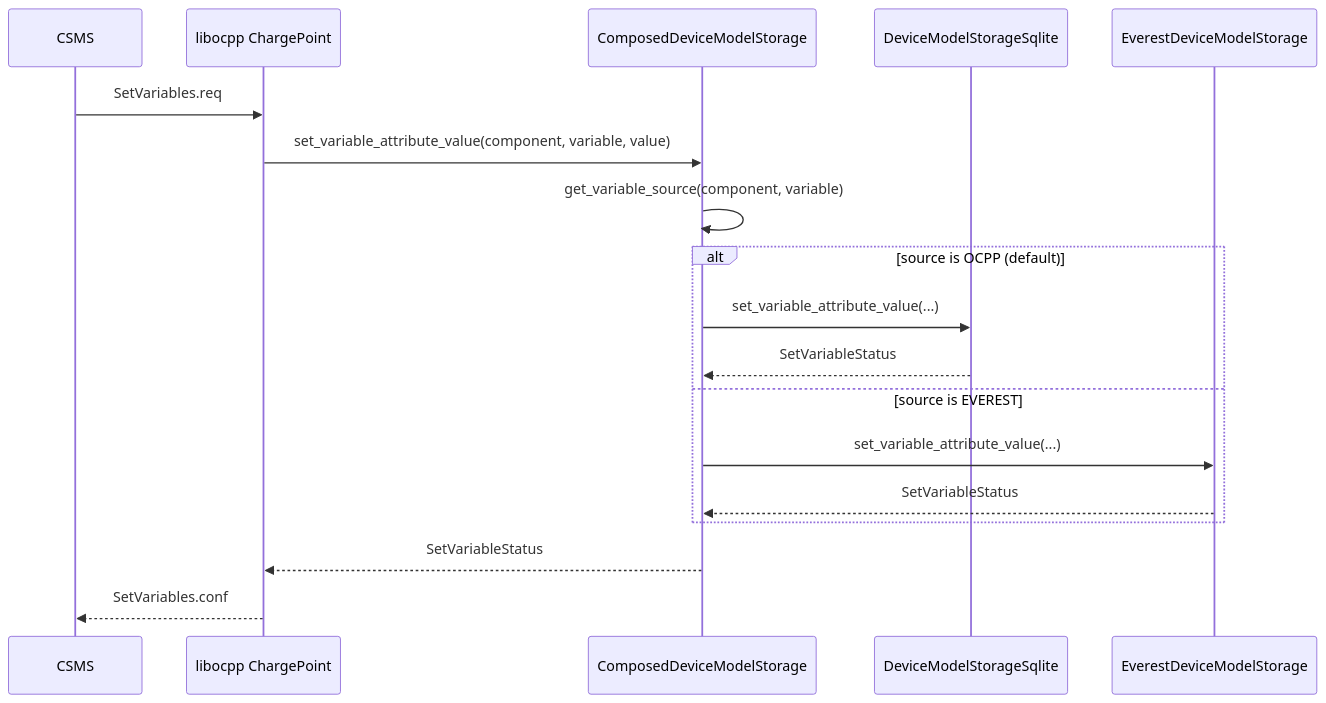
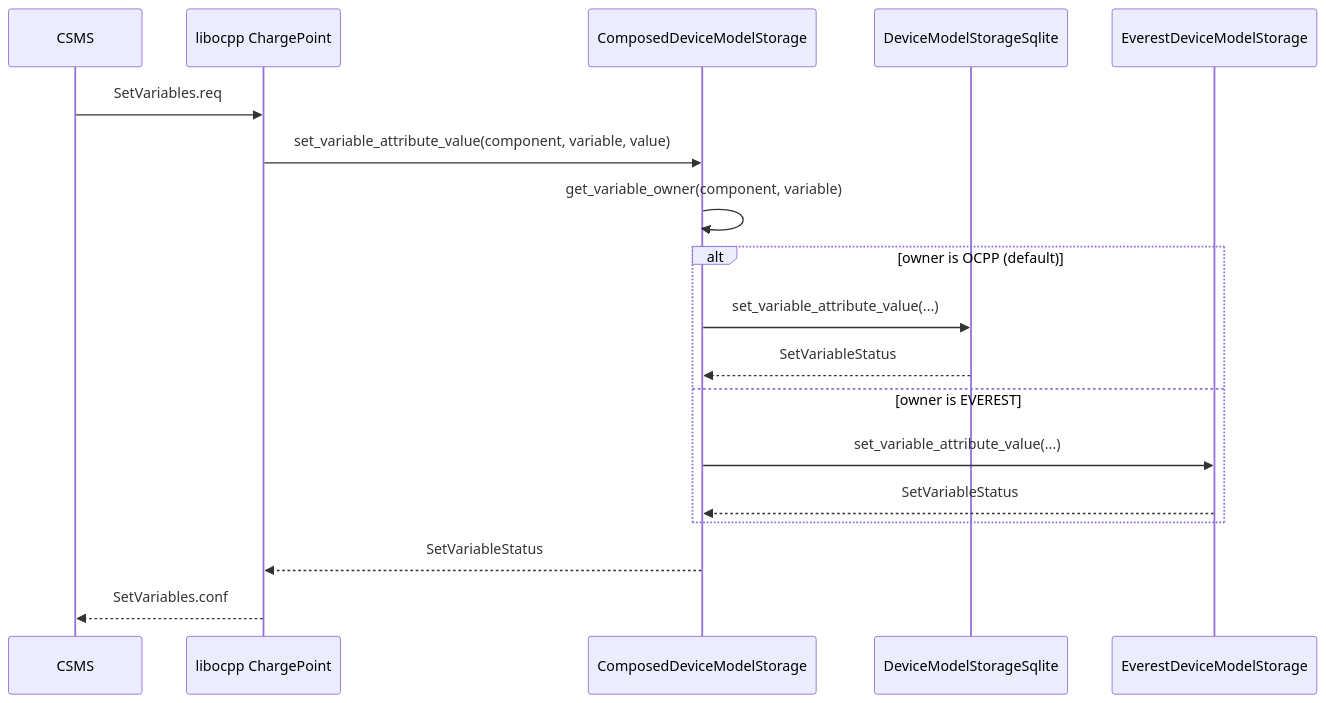
One commit to EVerest/EVerest changed the second of 2 diagrams in modules/EVSE/OCPPmulti/docs/index.rst. Above: the diagram before and after it, drawn with Mermaid. The commit also changed other lines of this file, not shown here.

First line of the commit message:
docs(OCPPmulti): describe device model routing by owner

```diff
--- a/modules/EVSE/OCPPmulti/docs/index.rst
+++ b/modules/EVSE/OCPPmulti/docs/index.rst
@@ -256,21 +258,21 @@
 .. mermaid::
 
    sequenceDiagram
        participant CSMS
        participant CP as libocpp ChargePoint
        participant Composed as ComposedDeviceModelStorage
        participant Sqlite as DeviceModelStorageSqlite
        participant Everest as EverestDeviceModelStorage
 
        CSMS->>CP: SetVariables.req
        CP->>Composed: set_variable_attribute_value(component, variable, value)
-       Composed->>Composed: get_variable_source(component, variable)
-       alt source is OCPP (default)
+       Composed->>Composed: get_variable_owner(component, variable)
+       alt owner is OCPP (default)
            Composed->>Sqlite: set_variable_attribute_value(...)
            Sqlite-->>Composed: SetVariableStatus
-       else source is EVEREST
+       else owner is EVEREST
            Composed->>Everest: set_variable_attribute_value(...)
            Everest-->>Composed: SetVariableStatus
        end
        Composed-->>CP: SetVariableStatus
        CP-->>CSMS: SetVariables.conf
```
